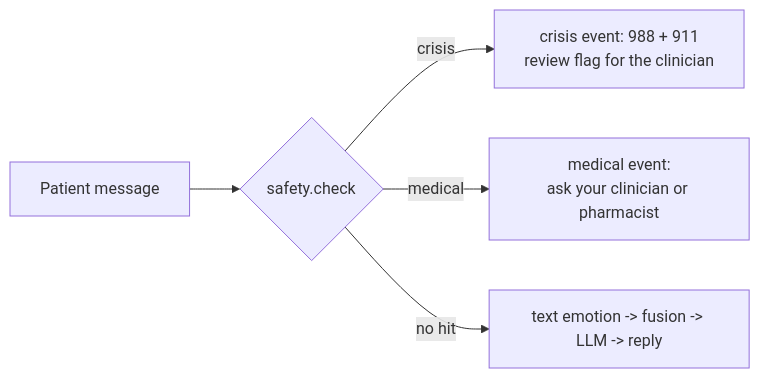
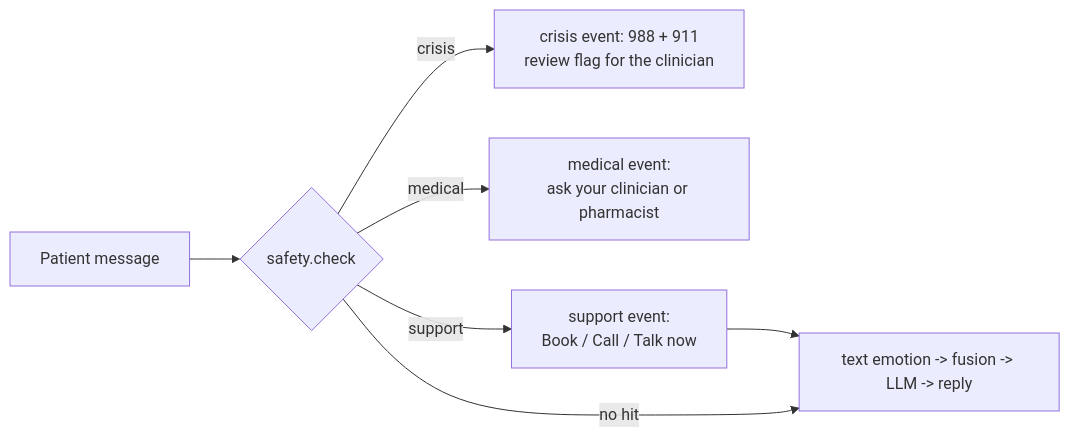
The diagram in services/api-gateway/README.md (mirror-ac215/AC215_Mirror), drawn with Mermaid before and after one commit. The commit also changed other lines of this file and 7 other files, not shown here.

````diff
--- a/services/api-gateway/README.md
+++ b/services/api-gateway/README.md
@@ -62,7 +65,8 @@
 ```mermaid
 flowchart LR
     M[Patient message] --> S{safety.check}
     S -- crisis --> C[crisis event: 988 + 911<br/>review flag for the clinician]
     S -- medical --> D[medical event:<br/>ask your clinician or pharmacist]
+    S -- support --> P[support event:<br/>Book / Call / Talk now] --> N
     S -- no hit --> N[text emotion -> fusion -> LLM -> reply]
 ```
````
